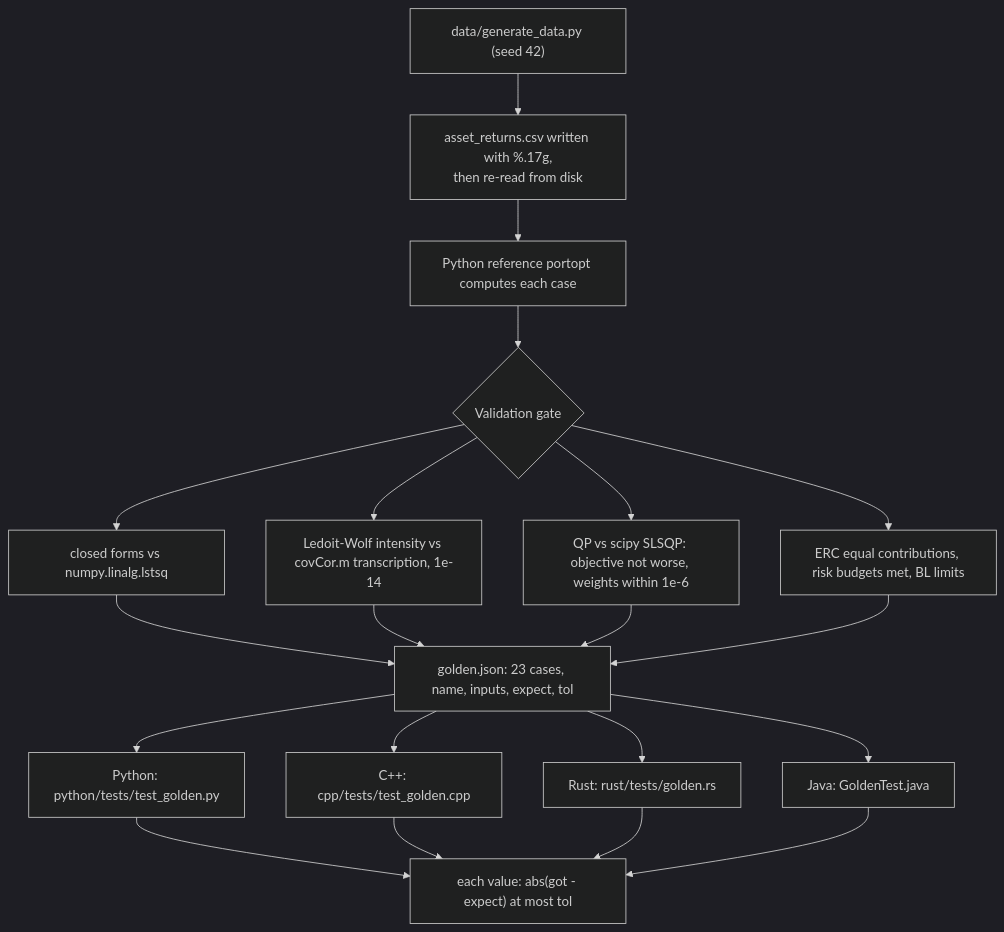
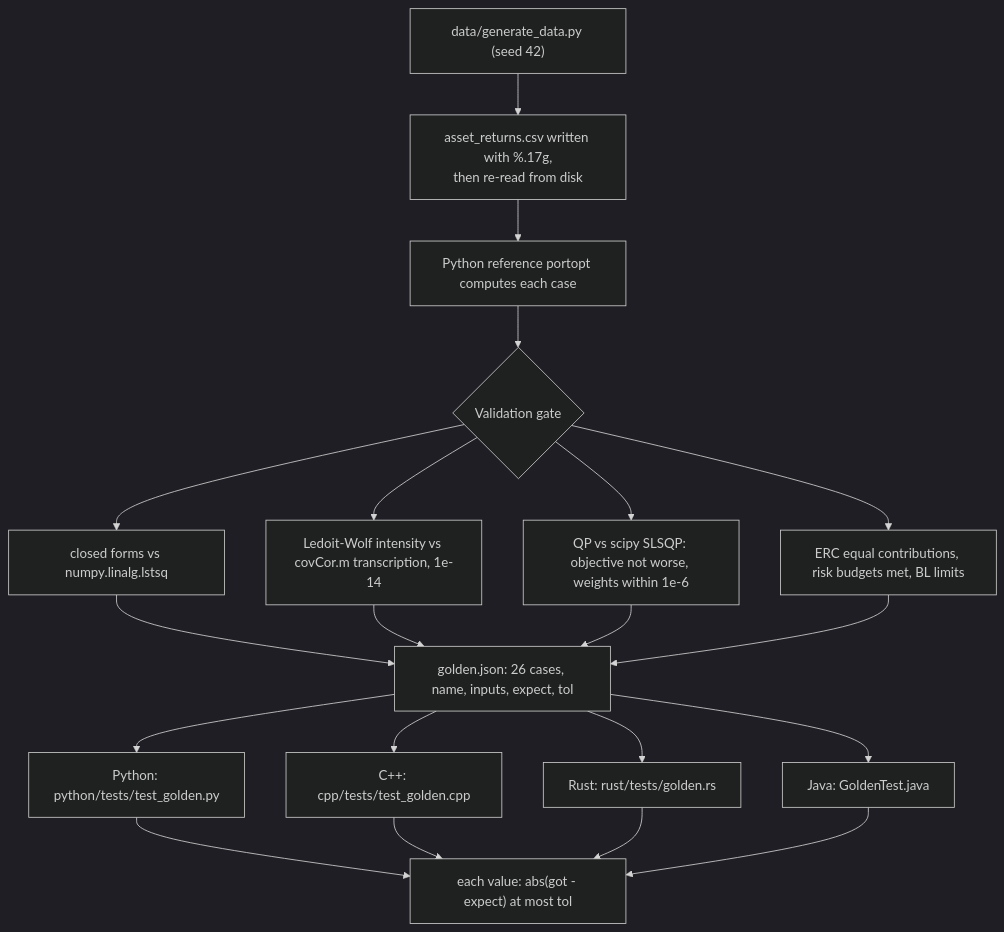
One commit to AshJha0/portfolio-construction changed the ninth of 10 diagrams in docs/ARCHITECTURE.md. Above: the diagram before and after it, drawn with Mermaid (dark theme). The commit also changed other lines of this file and 22 other files, not shown here.

````diff
--- a/docs/ARCHITECTURE.md
+++ b/docs/ARCHITECTURE.md
@@ -484,23 +560,23 @@
 ```mermaid
 flowchart TD
     GEN["data/generate_data.py (seed 42)"] --> CSV["asset_returns.csv written with %.17g,<br/>then re-read from disk"]
     CSV --> REF["Python reference portopt computes each case"]
     REF --> VAL{"Validation gate"}
     VAL --> V1["closed forms vs numpy.linalg.lstsq"]
     VAL --> V2["Ledoit-Wolf intensity vs covCor.m transcription, 1e-14"]
     VAL --> V3["QP vs scipy SLSQP: objective not worse, weights within 1e-6"]
     VAL --> V4["ERC equal contributions, risk budgets met, BL limits"]
     V1 --> GJ
     V2 --> GJ
     V3 --> GJ
     V4 --> GJ
-    GJ["golden.json: 23 cases, name, inputs, expect, tol"]
+    GJ["golden.json: 26 cases, name, inputs, expect, tol"]
     GJ --> T1["Python: python/tests/test_golden.py"]
     GJ --> T2["C++: cpp/tests/test_golden.cpp"]
     GJ --> T3["Rust: rust/tests/golden.rs"]
     GJ --> T4["Java: GoldenTest.java"]
     T1 --> CHK["each value: abs(got - expect) at most tol"]
     T2 --> CHK
     T3 --> CHK
     T4 --> CHK
 ```
````
